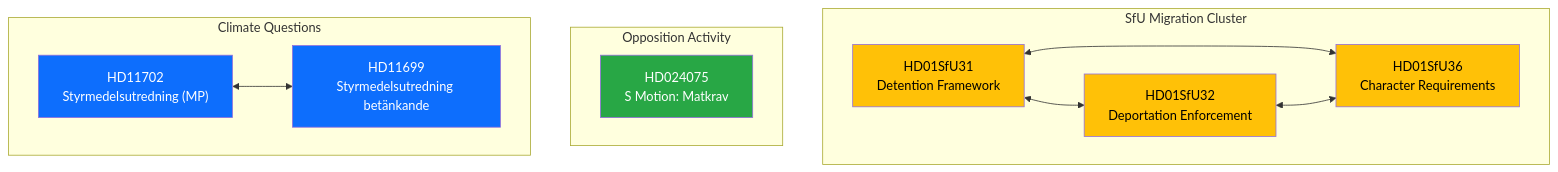
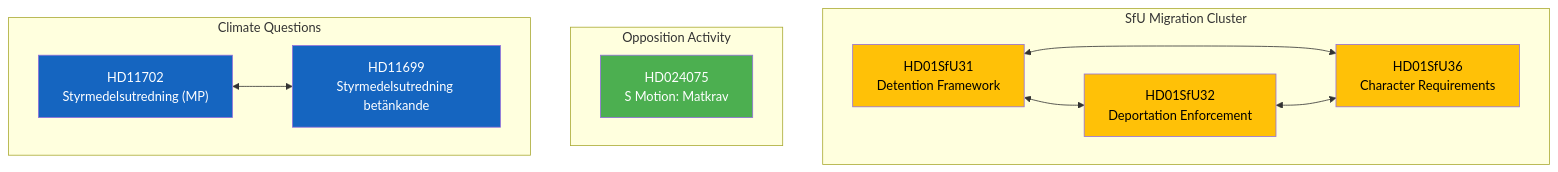
One commit to Hack23/riksdagsmonitor changed the diagram in analysis/daily/2026-04-10/realtime-1424/cross-reference-map.md. Above: the diagram before and after it, drawn with Mermaid. The commit also changed 785 other files, not shown here.

First line of the commit message:
Normalize mermaid colors across 786 analysis artifacts to ISMS Style Guide palette

````diff
--- a/analysis/daily/2026-04-10/realtime-1424/cross-reference-map.md
+++ b/analysis/daily/2026-04-10/realtime-1424/cross-reference-map.md
@@ -5,25 +5,25 @@
 ```mermaid
 graph TD
     subgraph "SfU Migration Cluster"
         SFU31["HD01SfU31<br/>Detention Framework"]
         SFU32["HD01SfU32<br/>Deportation Enforcement"]
         SFU36["HD01SfU36<br/>Character Requirements"]
     end
     subgraph "Opposition Activity"
         M4075["HD024075<br/>S Motion: Matkrav"]
     end
     subgraph "Climate Questions"
         Q11702["HD11702<br/>Styrmedelsutredning (MP)"]
         Q11699["HD11699<br/>Styrmedelsutredning betänkande"]
     end
     SFU31 <--> SFU32
     SFU31 <--> SFU36
     SFU32 <--> SFU36
     Q11702 <--> Q11699
-    style SFU31 fill:#ffc107,color:#000
-    style SFU32 fill:#ffc107,color:#000
-    style SFU36 fill:#ffc107,color:#000
-    style M4075 fill:#28a745,color:#fff
-    style Q11702 fill:#0d6efd,color:#fff
-    style Q11699 fill:#0d6efd,color:#fff
+    style SFU31 fill:#FFC107,color:#000000
+    style SFU32 fill:#FFC107,color:#000000
+    style SFU36 fill:#FFC107,color:#000000
+    style M4075 fill:#4CAF50,color:#FFFFFF
+    style Q11702 fill:#1565C0,color:#FFFFFF
+    style Q11699 fill:#1565C0,color:#FFFFFF
 ```
````
